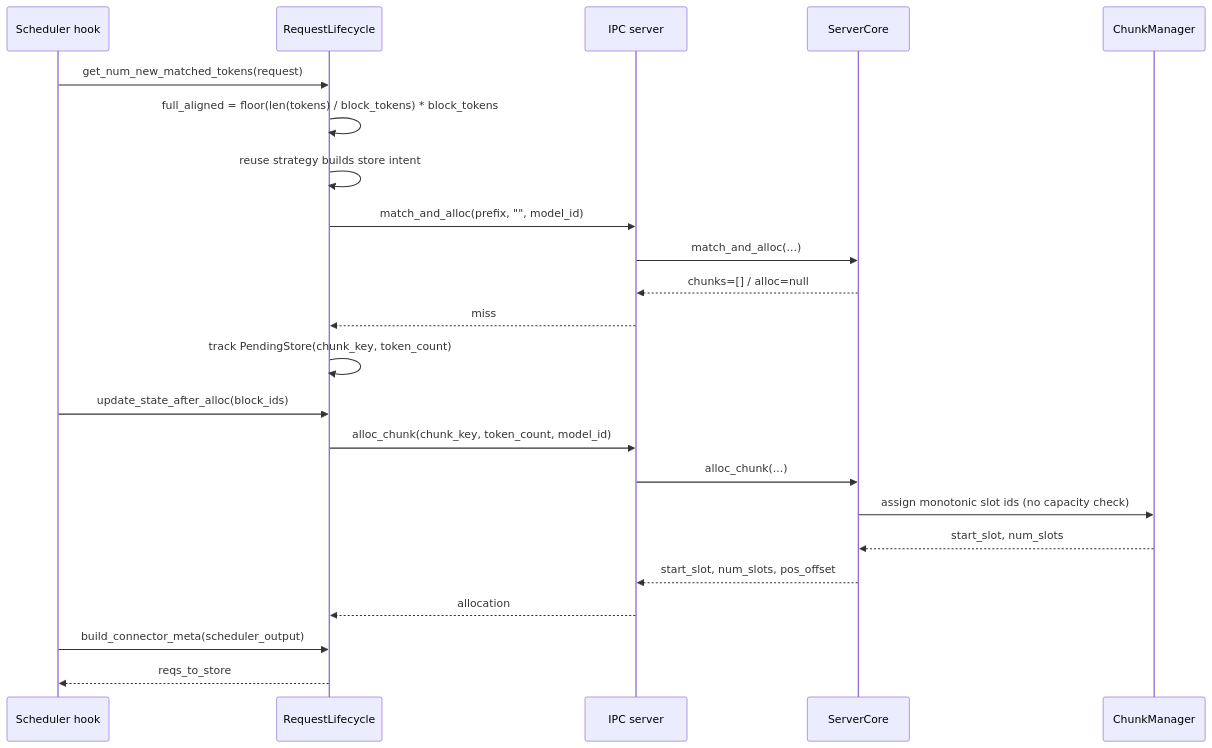
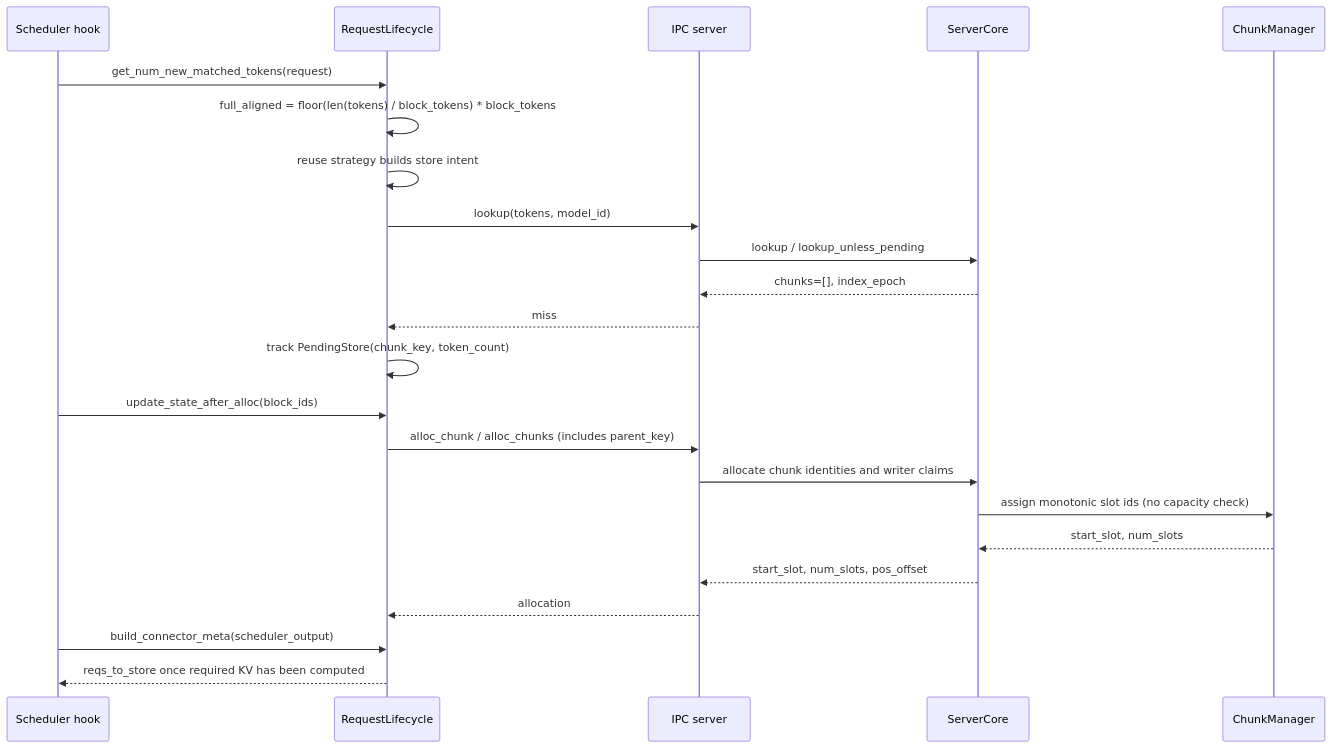
Before and after one commit to 7774596/DaseR: the third of 8 diagrams in docs/design/flows.md, drawn with Mermaid. The commit also changed other lines of this file and 11 other files, not shown here.

First line of the commit message:
docs(server): sync architecture and design documentation

````diff
--- a/docs/design/flows.md
+++ b/docs/design/flows.md
@@ -77,27 +90,27 @@
 ```mermaid
 sequenceDiagram
     participant S as Scheduler hook
     participant SL as RequestLifecycle
     participant IPC as IPC server
     participant C as ServerCore
     participant CM as ChunkManager
 
     S->>SL: get_num_new_matched_tokens(request)
     SL->>SL: full_aligned = floor(len(tokens) / block_tokens) * block_tokens
     SL->>SL: reuse strategy builds store intent
-    SL->>IPC: match_and_alloc(prefix, "", model_id)
-    IPC->>C: match_and_alloc(...)
-    C-->>IPC: chunks=[] / alloc=null
+    SL->>IPC: lookup(tokens, model_id)
+    IPC->>C: lookup / lookup_unless_pending
+    C-->>IPC: chunks=[], index_epoch
     IPC-->>SL: miss
     SL->>SL: track PendingStore(chunk_key, token_count)
 
     S->>SL: update_state_after_alloc(block_ids)
-    SL->>IPC: alloc_chunk(chunk_key, token_count, model_id)
-    IPC->>C: alloc_chunk(...)
+    SL->>IPC: alloc_chunk / alloc_chunks (includes parent_key)
+    IPC->>C: allocate chunk identities and writer claims
     C->>CM: assign monotonic slot ids (no capacity check)
     CM-->>C: start_slot, num_slots
     C-->>IPC: start_slot, num_slots, pos_offset
     IPC-->>SL: allocation
     S->>SL: build_connector_meta(scheduler_output)
-    SL-->>S: reqs_to_store
+    SL-->>S: reqs_to_store once required KV has been computed
 ```
````
